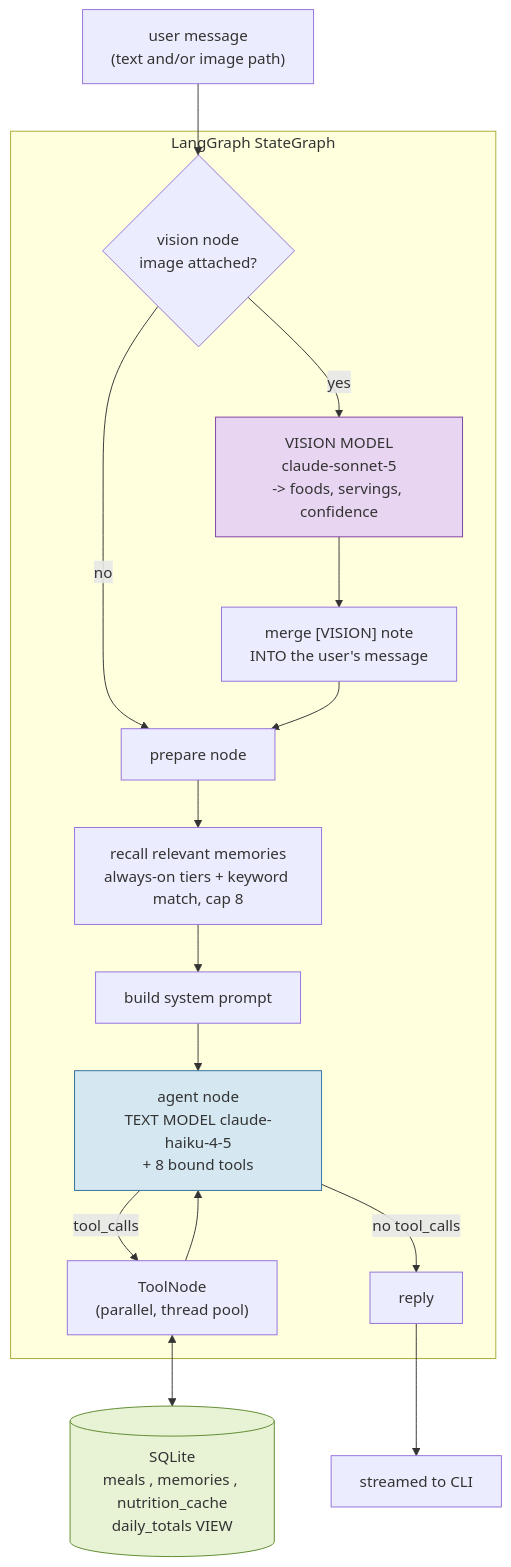
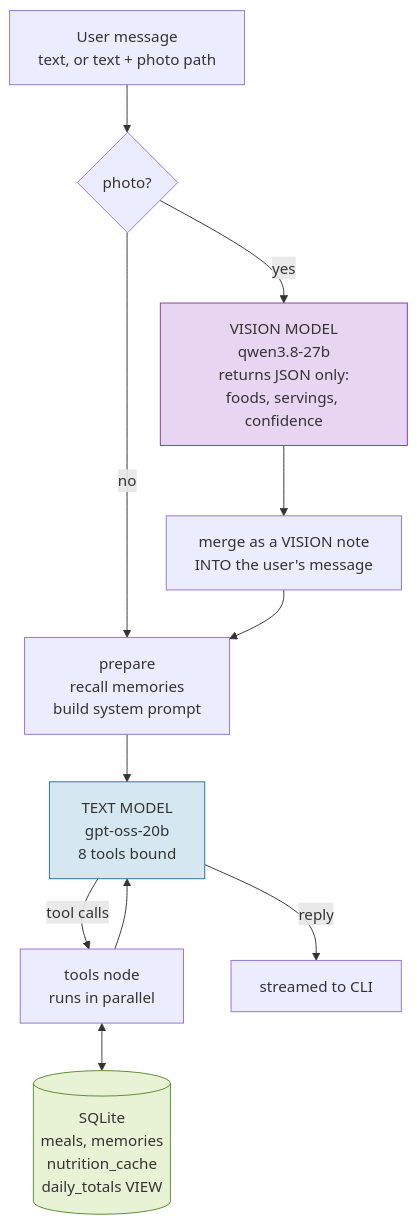
One commit to Parthjain171/CalorAI changed the first of 4 diagrams in README.md. Above: the diagram before and after it, drawn with Mermaid. The commit also changed other lines of this file, not shown here.

````diff
--- a/README.md
+++ b/README.md
@@ -513,27 +87,17 @@
 ```mermaid
 flowchart TD
-    U["user message<br/>(text and/or image path)"] --> V
-
-    subgraph graph["LangGraph StateGraph"]
-        V{"vision node<br/>image attached?"}
-        V -- no --> P["prepare node"]
-        V -- yes --> VM["VISION MODEL<br/>claude-sonnet-5<br/>-> foods, servings, confidence"]
-        VM --> MERGE["merge [VISION] note<br/>INTO the user's message"]
-        MERGE --> P
-
-        P --> MEM["recall relevant memories<br/>always-on tiers + keyword match, cap 8"]
-        MEM --> SYS["build system prompt"]
-        SYS --> A["agent node<br/>TEXT MODEL claude-haiku-4-5<br/>+ 8 bound tools"]
-
-        A -- "tool_calls" --> T["ToolNode<br/>(parallel, thread pool)"]
-        T --> A
-        A -- "no tool_calls" --> R["reply"]
-    end
-
-    T <--> DB[("SQLite<br/>meals , memories , nutrition_cache<br/>daily_totals VIEW")]
-    R --> OUT["streamed to CLI"]
+    U["User message<br/>text, or text + photo path"] --> V{photo?}
+    V -- no --> P
+    V -- yes --> VM["VISION MODEL<br/>qwen3.8-27b<br/>returns JSON only:<br/>foods, servings, confidence"]
+    VM --> MG["merge as a VISION note<br/>INTO the user's message"]
+    MG --> P["prepare<br/>recall memories<br/>build system prompt"]
+    P --> A["TEXT MODEL<br/>gpt-oss-20b<br/>8 tools bound"]
+    A -- "tool calls" --> T["tools node<br/>runs in parallel"]
+    T --> A
+    A -- "reply" --> R["streamed to CLI"]
+    T <--> DB[("SQLite<br/>meals, memories<br/>nutrition_cache<br/>daily_totals VIEW")]
 
     style VM fill:#e8d5f2,stroke:#7b3fa0
     style A fill:#d5e8f2,stroke:#2c6d9e
     style DB fill:#e8f2d5,stroke:#5a8a2c
 ```
````
